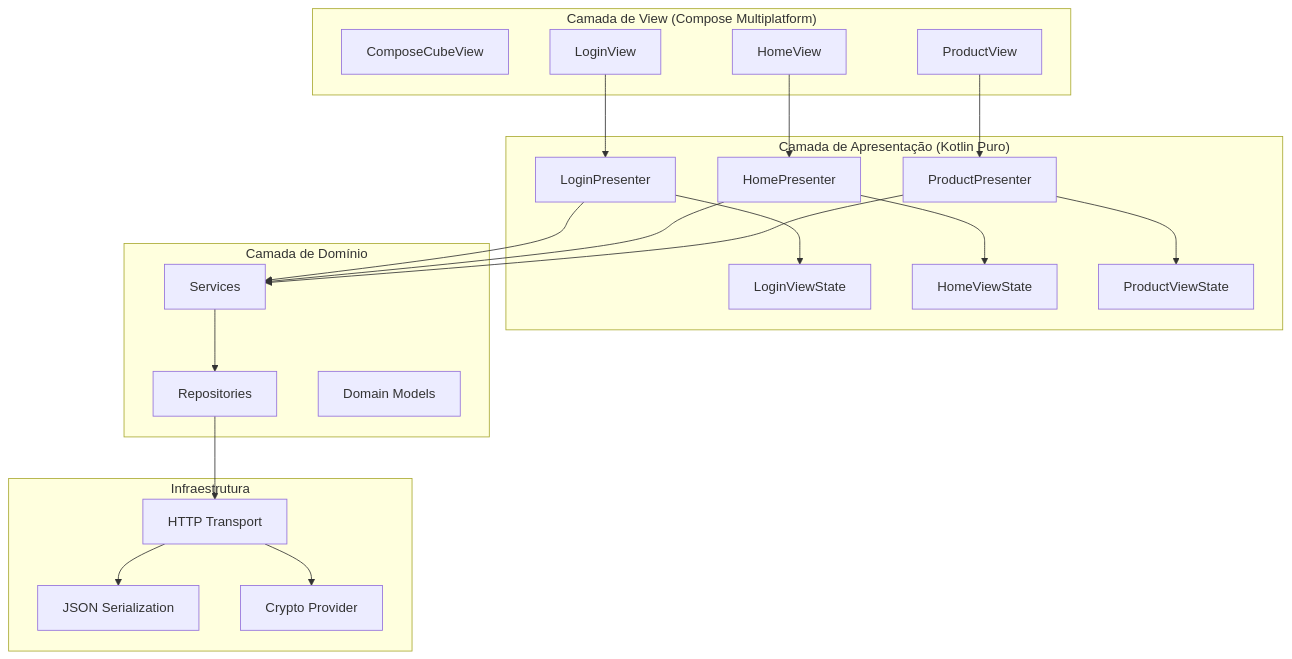
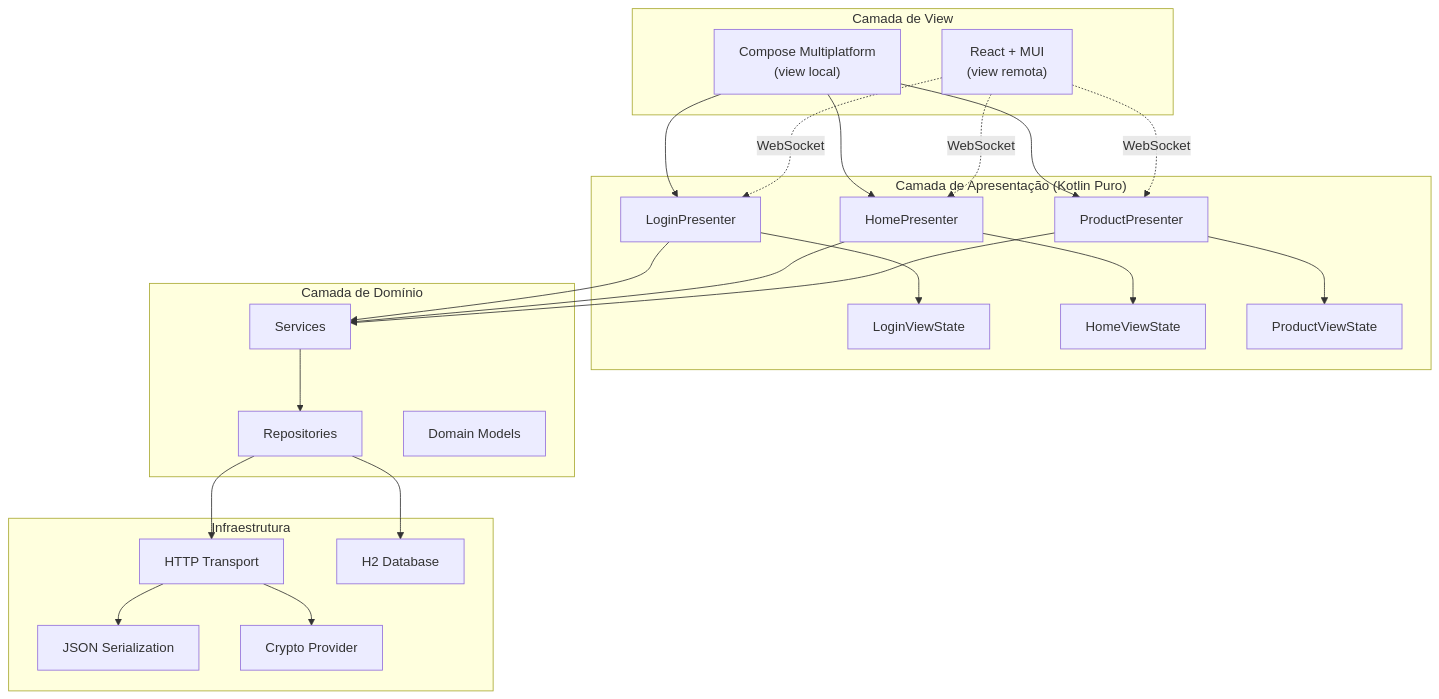
Before and after one commit to mrcdom/wdc-cube-kotlin: the first of 14 diagrams in docs/architecture.md, drawn with Mermaid. The commit also changed other lines of this file and 2 other files, not shown here.

First line of the commit message:
docs: restructure architecture.md as project-level overview

````diff
--- a/docs/architecture.md
+++ b/docs/architecture.md
@@ -27,44 +55,47 @@
 ```mermaid
 graph TB
-    subgraph "Camada de View (Compose Multiplatform)"
-        CV[ComposeCubeView]
-        LV[LoginView]
-        HV[HomeView]
-        PV[ProductView]
+    subgraph "Camada de View"
+        CV["Compose Multiplatform<br/>(view local)"]
+        RV["React + MUI<br/>(view remota)"]
     end
 
     subgraph "Camada de Apresentação (Kotlin Puro)"
         LP[LoginPresenter]
         HP[HomePresenter]
         PP[ProductPresenter]
         LS[LoginViewState]
         HS[HomeViewState]
         PS[ProductViewState]
     end
 
     subgraph "Camada de Domínio"
         SVC[Services]
         REPO[Repositories]
         MODEL[Domain Models]
     end
 
     subgraph "Infraestrutura"
         HTTP[HTTP Transport]
         JSON[JSON Serialization]
         CRYPTO[Crypto Provider]
+        DB[H2 Database]
     end
 
-    LV --> LP
-    HV --> HP
-    PV --> PP
+    CV --> LP
+    CV --> HP
+    CV --> PP
+    RV -.->|WebSocket| LP
+    RV -.->|WebSocket| HP
+    RV -.->|WebSocket| PP
     LP --> LS
     HP --> HS
     PP --> PS
     LP --> SVC
     HP --> SVC
     PP --> SVC
     SVC --> REPO
     REPO --> HTTP
     HTTP --> JSON
     HTTP --> CRYPTO
+    REPO --> DB
 ```
````
